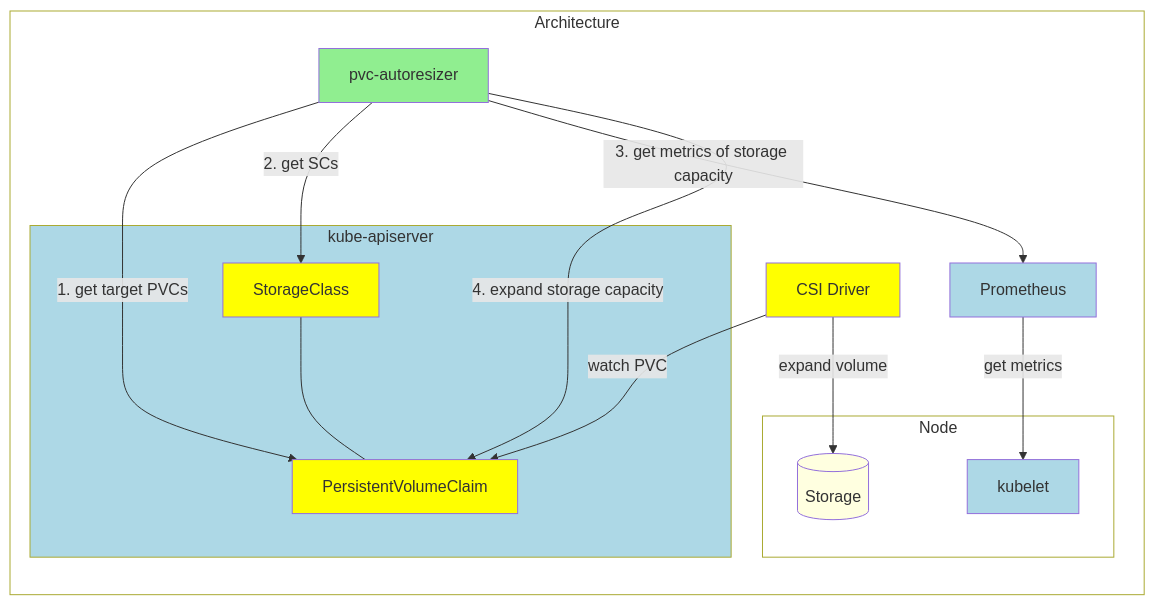
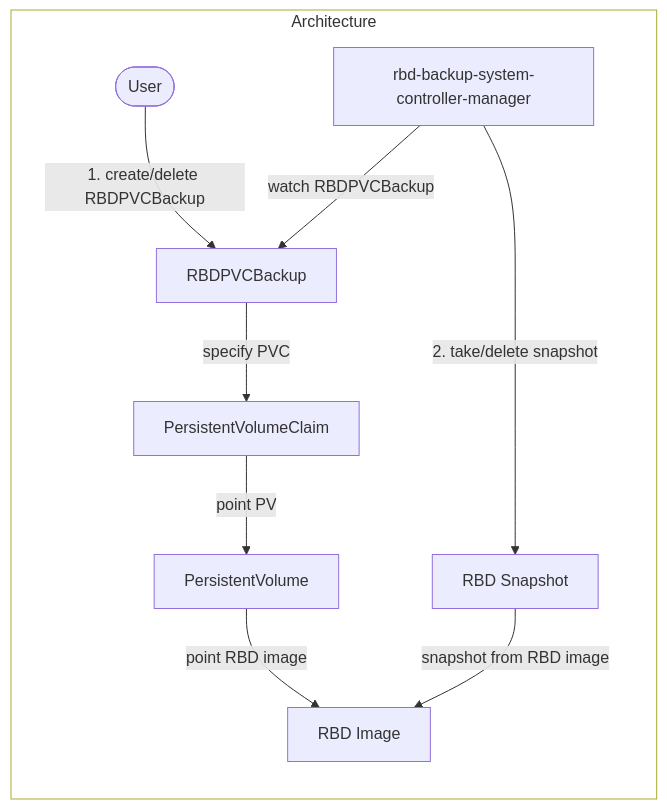
One commit to cybozu-go/mantle changed the diagram in docs/design.md. Above: the diagram before and after it, drawn with Mermaid.

````diff
--- a/docs/design.md
+++ b/docs/design.md
@@ -19,44 +19,27 @@
 ```mermaid
 %%{init:{'theme': 'default'}}%%
 
 flowchart LR
 
     style Architecture fill:#FFFFFF
     subgraph Architecture
 
-      classDef storageComponent fill:#FFFF00
-      classDef component fill:#ADD8E6
+      USER([User])
+      RBSCM[rbd-backup-system-controller-manager]
+      RPB[RBDPVCBackup]
+      PVC[PersistentVolumeClaim]
+      PV[PersistentVolume]
+      RI[RBD Image]
+      RS[RBD Snapshot]
 
-      style PVCA fill:#90EE90
-      style storage fill:#FFFFE0
-      style Node fill-opacity:0
+      RBSCM -- watch RBDPVCBackup --> RPB
+      RPB -- specify PVC --> PVC
+      PVC -- point PV --> PV
+      PV -- point RBD image --> RI
+      RS -- snapshot from RBD image --> RI
 
-      CD[CSI Driver]:::storageComponent
-      PVC[PersistentVolumeClaim]:::storageComponent
-      SC[StorageClass]:::storageComponent
-      PVCA[pvc-autoresizer]
-
-      kubelet:::component
-      Prometheus:::component
-      kube-apiserver:::component
-
-      subgraph Node
-        kubelet
-        storage
-      end
-
-      subgraph kube-apiserver
-        SC --- PVC
-      end
-
-      CD -- watch PVC --> PVC
-      CD -- expand volume --> storage[(Storage)]
-      Prometheus -- get metrics --> kubelet
-
-      PVCA -- 1. get target PVCs --> PVC
-      PVCA -- 2. get SCs --> SC
-      PVCA -- 3. get metrics of storage capacity --> Prometheus
-      PVCA -- 4. expand storage capacity --> PVC
+      USER -- 1. create/delete RBDPVCBackup --> RPB
+      RBSCM -- 2. take/delete snapshot --> RS
 
     end
 ```
````
